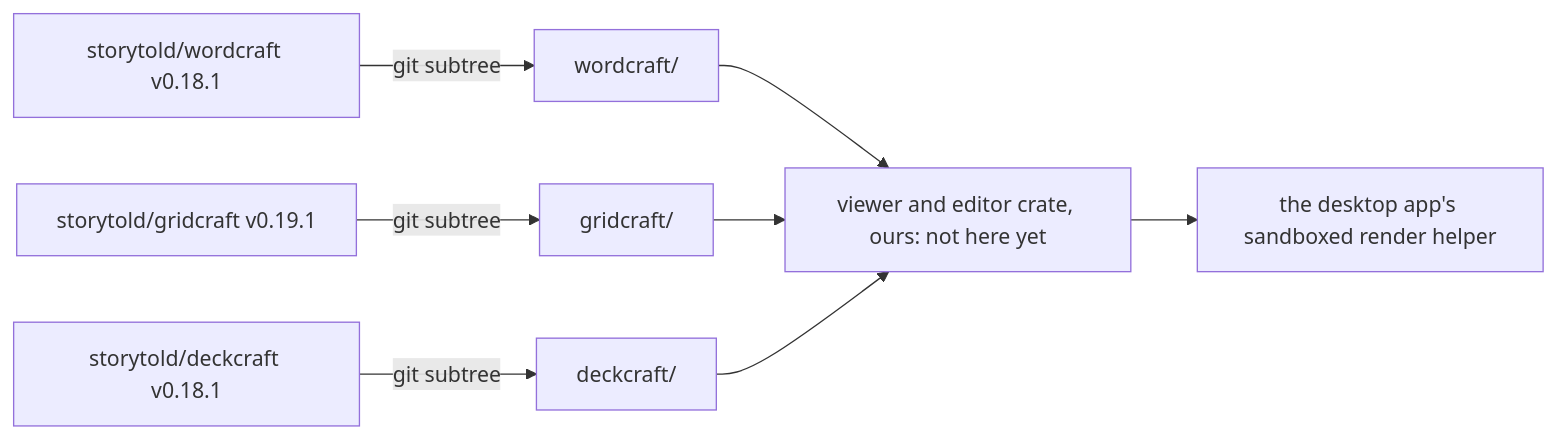
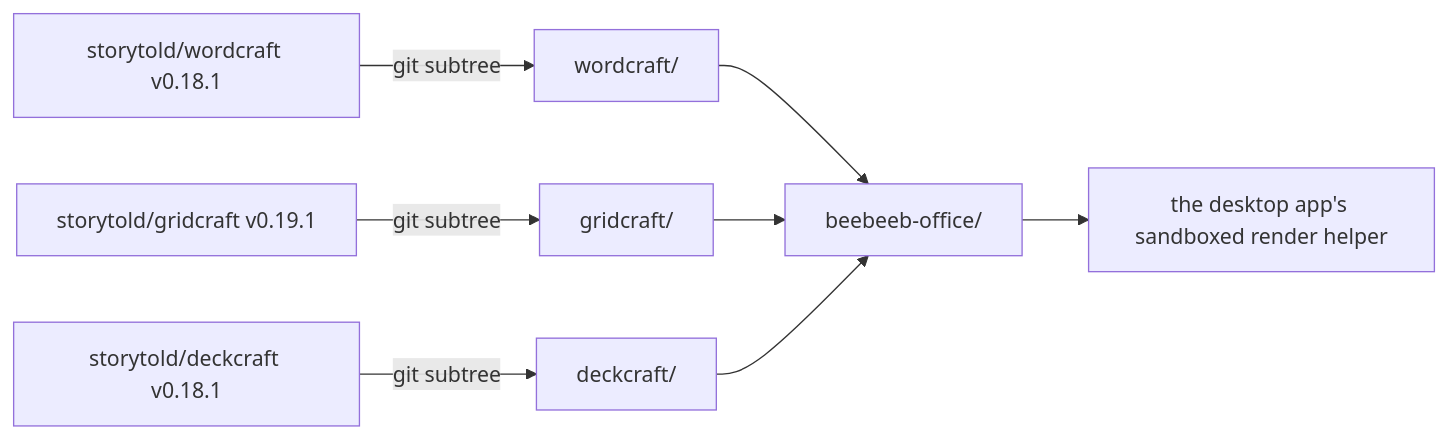
Before and after one commit to beebeeb-io/desktop-office: the diagram in README.md, drawn with Mermaid. The commit also changed other lines of this file and 7 other files, not shown here.

````diff
--- a/README.md
+++ b/README.md
@@ -26,10 +26,10 @@
 ```mermaid
 flowchart LR
   U1[storytold/wordcraft v0.18.1] -->|git subtree| W[wordcraft/]
   U2[storytold/gridcraft v0.19.1] -->|git subtree| G[gridcraft/]
   U3[storytold/deckcraft v0.18.1] -->|git subtree| D[deckcraft/]
-  W --> V[viewer and editor crate, ours: not here yet]
+  W --> V[beebeeb-office/]
   G --> V
   D --> V
   V --> H[the desktop app's sandboxed render helper]
 ```
````
